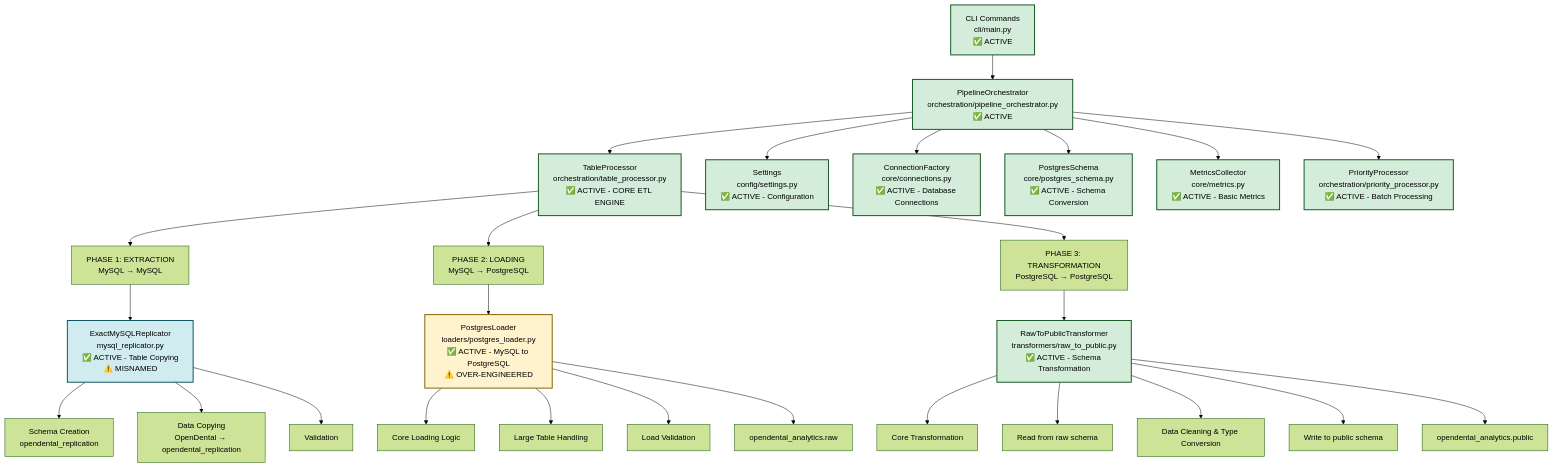
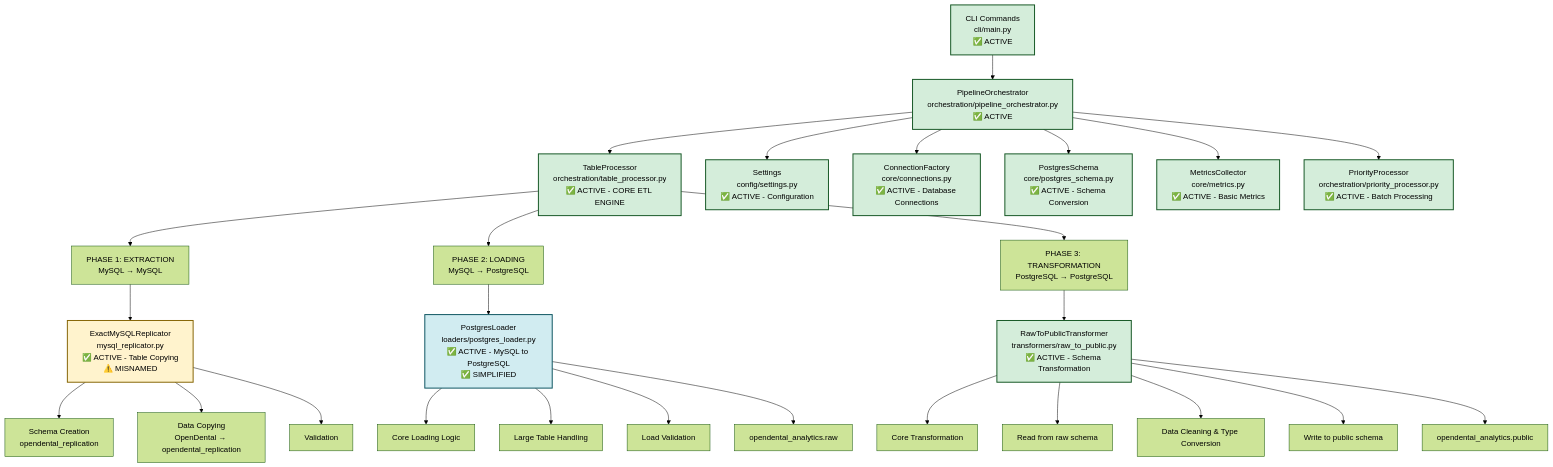
One commit to BenjaminRains/dbt_dental_clinic changed the diagram in etl_pipeline/docs/DATA_FLOW_DIAGRAM.md. Above: the diagram before and after it, drawn with Mermaid (forest theme). The commit also changed other lines of this file, not shown here.

First line of the commit message:
docs: update data flow diagram with orchestration layer and PostgresLoader simplification

````diff
--- a/etl_pipeline/docs/DATA_FLOW_DIAGRAM.md
+++ b/etl_pipeline/docs/DATA_FLOW_DIAGRAM.md
@@ -5,54 +5,54 @@
 ```mermaid
 graph TD
     %% Entry Points
     CLI["CLI Commands<br/>cli/main.py<br/>✅ ACTIVE"] --> ORCH["PipelineOrchestrator<br/>orchestration/pipeline_orchestrator.py<br/>✅ ACTIVE"]
     
     %% Main Orchestration
     ORCH --> TP["TableProcessor<br/>orchestration/table_processor.py<br/>✅ ACTIVE - CORE ETL ENGINE"]
     
     %% ETL Phases
     TP --> PHASE1["PHASE 1: EXTRACTION<br/>MySQL → MySQL"]
     TP --> PHASE2["PHASE 2: LOADING<br/>MySQL → PostgreSQL"]
     TP --> PHASE3["PHASE 3: TRANSFORMATION<br/>PostgreSQL → PostgreSQL"]
     
     %% Phase 1: Extraction
     PHASE1 --> MYSQL_COPY["ExactMySQLReplicator<br/>mysql_replicator.py<br/>✅ ACTIVE - Table Copying<br/>⚠️ MISNAMED"]
     MYSQL_COPY --> SCHEMA["Schema Creation<br/>opendental_replication"]
     MYSQL_COPY --> DATA_COPY["Data Copying<br/>OpenDental → opendental_replication"]
     MYSQL_COPY --> VERIFY1["Validation"]
     
     %% Phase 2: Loading
-    PHASE2 --> PG_LOADER["PostgresLoader<br/>loaders/postgres_loader.py<br/>✅ ACTIVE - MySQL to PostgreSQL<br/>⚠️ OVER-ENGINEERED"]
+    PHASE2 --> PG_LOADER["PostgresLoader<br/>loaders/postgres_loader.py<br/>✅ ACTIVE - MySQL to PostgreSQL<br/>✅ SIMPLIFIED"]
     PG_LOADER --> LOAD_CORE["Core Loading Logic"]
     PG_LOADER --> CHUNKED["Large Table Handling"]
     PG_LOADER --> VERIFY2["Load Validation"]
     PG_LOADER --> RAW_SCHEMA["opendental_analytics.raw"]
     
     %% Phase 3: Transformation
     PHASE3 --> TRANSFORMER["RawToPublicTransformer<br/>transformers/raw_to_public.py<br/>✅ ACTIVE - Schema Transformation"]
     TRANSFORMER --> TRANSFORM_CORE["Core Transformation"]
     TRANSFORMER --> READ_RAW["Read from raw schema"]
     TRANSFORMER --> CLEAN["Data Cleaning & Type Conversion"]
     TRANSFORMER --> WRITE_PUBLIC["Write to public schema"]
     TRANSFORMER --> PUBLIC_SCHEMA["opendental_analytics.public"]
     
     %% Supporting Components
     ORCH --> CONFIG["Settings<br/>config/settings.py<br/>✅ ACTIVE - Configuration"]
     ORCH --> CONN["ConnectionFactory<br/>core/connections.py<br/>✅ ACTIVE - Database Connections"]
     ORCH --> SCHEMA_CONV["PostgresSchema<br/>core/postgres_schema.py<br/>✅ ACTIVE - Schema Conversion"]
     ORCH --> METRICS["MetricsCollector<br/>core/metrics.py<br/>✅ ACTIVE - Basic Metrics"]
     
     %% Priority Processing
     ORCH --> PRIORITY["PriorityProcessor<br/>orchestration/priority_processor.py<br/>✅ ACTIVE - Batch Processing"]
     
     %% Styling
     classDef active fill:#d4edda,stroke:#155724,stroke-width:2px
     classDef deprecated fill:#f8d7da,stroke:#721c24,stroke-width:2px
-    classDef overEngineered fill:#fff3cd,stroke:#856404,stroke-width:2px
-    classDef misnamed fill:#d1ecf1,stroke:#0c5460,stroke-width:2px
+    classDef simplified fill:#d1ecf1,stroke:#0c5460,stroke-width:2px
+    classDef misnamed fill:#fff3cd,stroke:#856404,stroke-width:2px
     
     class CLI,ORCH,TP,CONFIG,CONN,SCHEMA_CONV,METRICS,PRIORITY active
     class TRANSFORMER,PG_LOADER active
     class MYSQL_COPY misnamed
-    class PG_LOADER overEngineered
+    class PG_LOADER simplified
 ```
````
